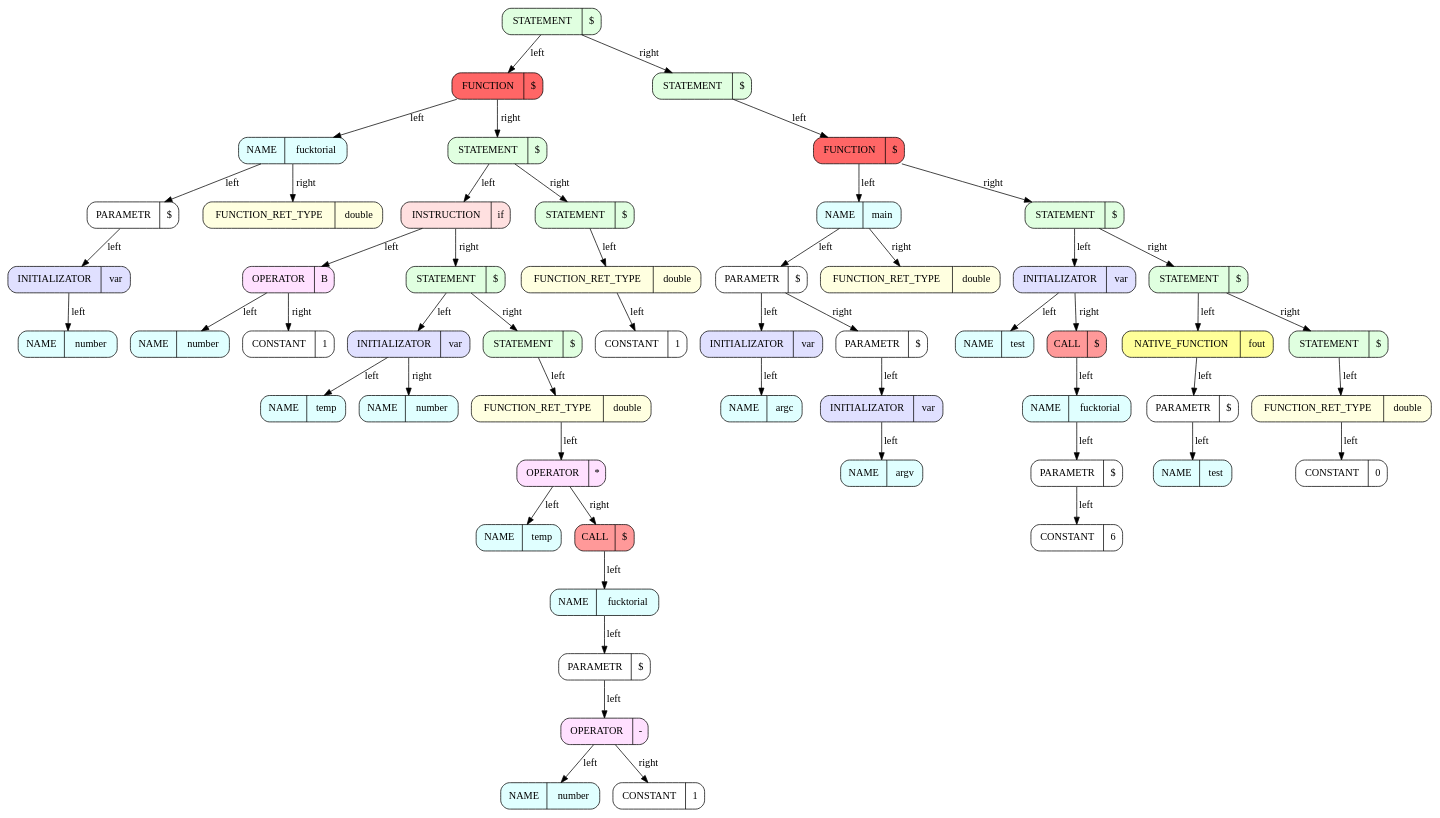
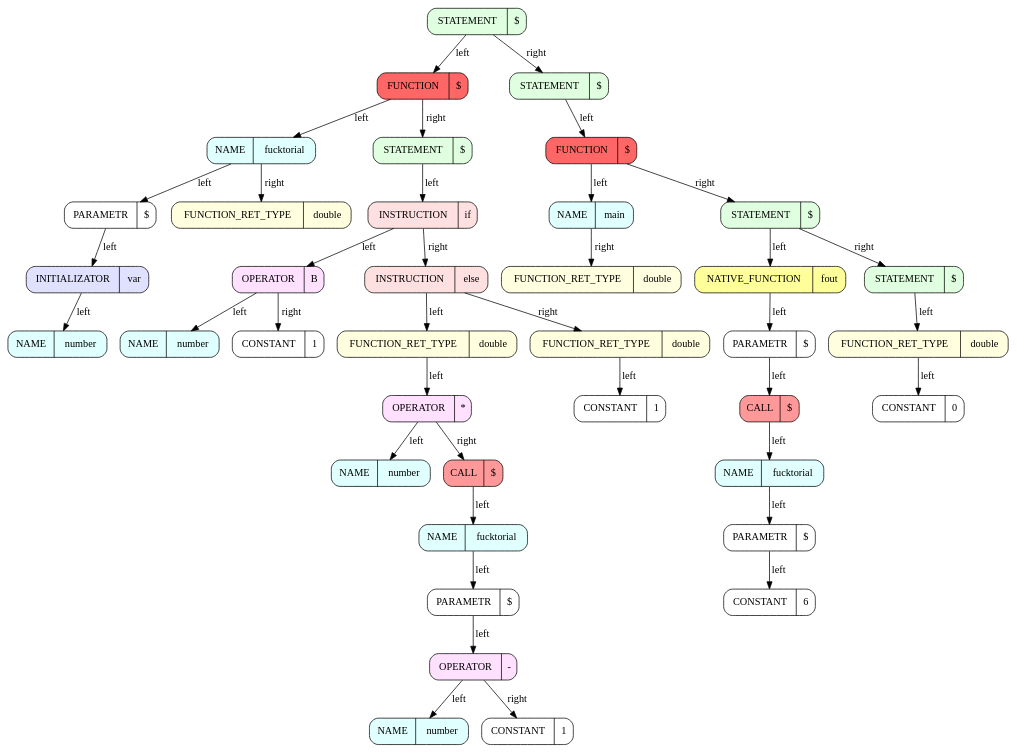
Before and after one commit to ArsenySamoylov/Asm: the diagram in x86BackEnd/BackEnd/graphics/dot/kek_back_End.dot, drawn with Graphviz. The commit also changed 19 other files, not shown here.

```diff
--- a/x86BackEnd/BackEnd/graphics/dot/kek_back_End.dot
+++ b/x86BackEnd/BackEnd/graphics/dot/kek_back_End.dot
@@ -2,111 +2,81 @@
 digraph 
 {
 rankdir = TB # RANKDIR
-		node_0x563fb5f33c00 [style = filled, fillcolor = "#E0FFE0", shape = Mrecord label =  "STATEMENT | {$}"]
-		node_0x563fb5f33c38 [style = filled, fillcolor = "#FF6666", shape = Mrecord label =  "FUNCTION | {$}"]
-		node_0x563fb5f33c70 [style = filled, fillcolor = "#E0FFFF", shape = Mrecord label =  "NAME | {fucktorial}"]
-		node_0x563fb5f33ca8 [style = filled, fillcolor = "#FFFFFF", shape = Mrecord label =  "PARAMETR | {$}"]
-		node_0x563fb5f33ce0 [style = filled, fillcolor = "#E0E0FF", shape = Mrecord label =  "INITIALIZATOR | {var}"]
-		node_0x563fb5f33d18 [style = filled, fillcolor = "#E0FFFF", shape = Mrecord label =  "NAME | {number}"]
-		node_0x563fb5f33ce0 -> node_0x563fb5f33d18 [label = "left"]
-		node_0x563fb5f33ca8 -> node_0x563fb5f33ce0 [label = "left"]
-		node_0x563fb5f33c70 -> node_0x563fb5f33ca8 [label = "left"]
-		node_0x563fb5f33d50 [style = filled, fillcolor = "#FFFFE0", shape = Mrecord label =  "FUNCTION_RET_TYPE | {double}"]
-		node_0x563fb5f33c70 -> node_0x563fb5f33d50 [label = "right"]
-		node_0x563fb5f33c38 -> node_0x563fb5f33c70 [label = "left"]
-		node_0x563fb5f33d88 [style = filled, fillcolor = "#E0FFE0", shape = Mrecord label =  "STATEMENT | {$}"]
-		node_0x563fb5f33dc0 [style = filled, fillcolor = "#FFE0E0", shape = Mrecord label =  "INSTRUCTION | {if}"]
-		node_0x563fb5f33df8 [style = filled, fillcolor = "#FFE0FF", shape = Mrecord label =  "OPERATOR | {B}"]
-		node_0x563fb5f33e30 [style = filled, fillcolor = "#E0FFFF", shape = Mrecord label =  "NAME | {number}"]
-		node_0x563fb5f33df8 -> node_0x563fb5f33e30 [label = "left"]
-		node_0x563fb5f33e68 [style = filled, fillcolor = "#FFFFFF", shape = Mrecord label =  "CONSTANT | {1}"]
-		node_0x563fb5f33df8 -> node_0x563fb5f33e68 [label = "right"]
-		node_0x563fb5f33dc0 -> node_0x563fb5f33df8 [label = "left"]
-		node_0x563fb5f33ea0 [style = filled, fillcolor = "#E0FFE0", shape = Mrecord label =  "STATEMENT | {$}"]
-		node_0x563fb5f33ed8 [style = filled, fillcolor = "#E0E0FF", shape = Mrecord label =  "INITIALIZATOR | {var}"]
-		node_0x563fb5f33f10 [style = filled, fillcolor = "#E0FFFF", shape = Mrecord label =  "NAME | {temp}"]
-		node_0x563fb5f33ed8 -> node_0x563fb5f33f10 [label = "left"]
-		node_0x563fb5f33f48 [style = filled, fillcolor = "#E0FFFF", shape = Mrecord label =  "NAME | {number}"]
-		node_0x563fb5f33ed8 -> node_0x563fb5f33f48 [label = "right"]
-		node_0x563fb5f33ea0 -> node_0x563fb5f33ed8 [label = "left"]
-		node_0x563fb5f33f80 [style = filled, fillcolor = "#E0FFE0", shape = Mrecord label =  "STATEMENT | {$}"]
-		node_0x563fb5f33fb8 [style = filled, fillcolor = "#FFFFE0", shape = Mrecord label =  "FUNCTION_RET_TYPE | {double}"]
-		node_0x563fb5f33ff0 [style = filled, fillcolor = "#FFE0FF", shape = Mrecord label =  "OPERATOR | {*}"]
-		node_0x563fb5f34028 [style = filled, fillcolor = "#E0FFFF", shape = Mrecord label =  "NAME | {temp}"]
-		node_0x563fb5f33ff0 -> node_0x563fb5f34028 [label = "left"]
-		node_0x563fb5f34060 [style = filled, fillcolor = "#FF9999", shape = Mrecord label =  "CALL | {$}"]
-		node_0x563fb5f34098 [style = filled, fillcolor = "#E0FFFF", shape = Mrecord label =  "NAME | {fucktorial}"]
-		node_0x563fb5f340d0 [style = filled, fillcolor = "#FFFFFF", shape = Mrecord label =  "PARAMETR | {$}"]
-		node_0x563fb5f34108 [style = filled, fillcolor = "#FFE0FF", shape = Mrecord label =  "OPERATOR | {-}"]
-		node_0x563fb5f34140 [style = filled, fillcolor = "#E0FFFF", shape = Mrecord label =  "NAME | {number}"]
-		node_0x563fb5f34108 -> node_0x563fb5f34140 [label = "left"]
-		node_0x563fb5f34178 [style = filled, fillcolor = "#FFFFFF", shape = Mrecord label =  "CONSTANT | {1}"]
-		node_0x563fb5f34108 -> node_0x563fb5f34178 [label = "right"]
-		node_0x563fb5f340d0 -> node_0x563fb5f34108 [label = "left"]
-		node_0x563fb5f34098 -> node_0x563fb5f340d0 [label = "left"]
-		node_0x563fb5f34060 -> node_0x563fb5f34098 [label = "left"]
-		node_0x563fb5f33ff0 -> node_0x563fb5f34060 [label = "right"]
-		node_0x563fb5f33fb8 -> node_0x563fb5f33ff0 [label = "left"]
-		node_0x563fb5f33f80 -> node_0x563fb5f33fb8 [label = "left"]
-		node_0x563fb5f33ea0 -> node_0x563fb5f33f80 [label = "right"]
-		node_0x563fb5f33dc0 -> node_0x563fb5f33ea0 [label = "right"]
-		node_0x563fb5f33d88 -> node_0x563fb5f33dc0 [label = "left"]
-		node_0x563fb5f341b0 [style = filled, fillcolor = "#E0FFE0", shape = Mrecord label =  "STATEMENT | {$}"]
-		node_0x563fb5f341e8 [style = filled, fillcolor = "#FFFFE0", shape = Mrecord label =  "FUNCTION_RET_TYPE | {double}"]
-		node_0x563fb5f34220 [style = filled, fillcolor = "#FFFFFF", shape = Mrecord label =  "CONSTANT | {1}"]
-		node_0x563fb5f341e8 -> node_0x563fb5f34220 [label = "left"]
-		node_0x563fb5f341b0 -> node_0x563fb5f341e8 [label = "left"]
-		node_0x563fb5f33d88 -> node_0x563fb5f341b0 [label = "right"]
-		node_0x563fb5f33c38 -> node_0x563fb5f33d88 [label = "right"]
-		node_0x563fb5f33c00 -> node_0x563fb5f33c38 [label = "left"]
-		node_0x563fb5f34258 [style = filled, fillcolor = "#E0FFE0", shape = Mrecord label =  "STATEMENT | {$}"]
-		node_0x563fb5f34290 [style = filled, fillcolor = "#FF6666", shape = Mrecord label =  "FUNCTION | {$}"]
-		node_0x563fb5f342c8 [style = filled, fillcolor = "#E0FFFF", shape = Mrecord label =  "NAME | {main}"]
-		node_0x563fb5f34300 [style = filled, fillcolor = "#FFFFFF", shape = Mrecord label =  "PARAMETR | {$}"]
-		node_0x563fb5f34338 [style = filled, fillcolor = "#E0E0FF", shape = Mrecord label =  "INITIALIZATOR | {var}"]
-		node_0x563fb5f34370 [style = filled, fillcolor = "#E0FFFF", shape = Mrecord label =  "NAME | {argc}"]
-		node_0x563fb5f34338 -> node_0x563fb5f34370 [label = "left"]
-		node_0x563fb5f34300 -> node_0x563fb5f34338 [label = "left"]
-		node_0x563fb5f343a8 [style = filled, fillcolor = "#FFFFFF", shape = Mrecord label =  "PARAMETR | {$}"]
-		node_0x563fb5f343e0 [style = filled, fillcolor = "#E0E0FF", shape = Mrecord label =  "INITIALIZATOR | {var}"]
-		node_0x563fb5f34418 [style = filled, fillcolor = "#E0FFFF", shape = Mrecord label =  "NAME | {argv}"]
-		node_0x563fb5f343e0 -> node_0x563fb5f34418 [label = "left"]
-		node_0x563fb5f343a8 -> node_0x563fb5f343e0 [label = "left"]
-		node_0x563fb5f34300 -> node_0x563fb5f343a8 [label = "right"]
-		node_0x563fb5f342c8 -> node_0x563fb5f34300 [label = "left"]
-		node_0x563fb5f34450 [style = filled, fillcolor = "#FFFFE0", shape = Mrecord label =  "FUNCTION_RET_TYPE | {double}"]
-		node_0x563fb5f342c8 -> node_0x563fb5f34450 [label = "right"]
-		node_0x563fb5f34290 -> node_0x563fb5f342c8 [label = "left"]
-		node_0x563fb5f34488 [style = filled, fillcolor = "#E0FFE0", shape = Mrecord label =  "STATEMENT | {$}"]
-		node_0x563fb5f344c0 [style = filled, fillcolor = "#E0E0FF", shape = Mrecord label =  "INITIALIZATOR | {var}"]
-		node_0x563fb5f344f8 [style = filled, fillcolor = "#E0FFFF", shape = Mrecord label =  "NAME | {test}"]
-		node_0x563fb5f344c0 -> node_0x563fb5f344f8 [label = "left"]
-		node_0x563fb5f34530 [style = filled, fillcolor = "#FF9999", shape = Mrecord label =  "CALL | {$}"]
-		node_0x563fb5f34568 [style = filled, fillcolor = "#E0FFFF", shape = Mrecord label =  "NAME | {fucktorial}"]
-		node_0x563fb5f345a0 [style = filled, fillcolor = "#FFFFFF", shape = Mrecord label =  "PARAMETR | {$}"]
-		node_0x563fb5f345d8 [style = filled, fillcolor = "#FFFFFF", shape = Mrecord label =  "CONSTANT | {6}"]
-		node_0x563fb5f345a0 -> node_0x563fb5f345d8 [label = "left"]
-		node_0x563fb5f34568 -> node_0x563fb5f345a0 [label = "left"]
-		node_0x563fb5f34530 -> node_0x563fb5f34568 [label = "left"]
-		node_0x563fb5f344c0 -> node_0x563fb5f34530 [label = "right"]
-		node_0x563fb5f34488 -> node_0x563fb5f344c0 [label = "left"]
-		node_0x563fb5f34610 [style = filled, fillcolor = "#E0FFE0", shape = Mrecord label =  "STATEMENT | {$}"]
-		node_0x563fb5f34648 [style = filled, fillcolor = "#FFFF99", shape = Mrecord label =  "NATIVE_FUNCTION | {fout}"]
-		node_0x563fb5f34680 [style = filled, fillcolor = "#FFFFFF", shape = Mrecord label =  "PARAMETR | {$}"]
-		node_0x563fb5f346b8 [style = filled, fillcolor = "#E0FFFF", shape = Mrecord label =  "NAME | {test}"]
-		node_0x563fb5f34680 -> node_0x563fb5f346b8 [label = "left"]
-		node_0x563fb5f34648 -> node_0x563fb5f34680 [label = "left"]
-		node_0x563fb5f34610 -> node_0x563fb5f34648 [label = "left"]
-		node_0x563fb5f346f0 [style = filled, fillcolor = "#E0FFE0", shape = Mrecord label =  "STATEMENT | {$}"]
-		node_0x563fb5f34728 [style = filled, fillcolor = "#FFFFE0", shape = Mrecord label =  "FUNCTION_RET_TYPE | {double}"]
-		node_0x563fb5f34760 [style = filled, fillcolor = "#FFFFFF", shape = Mrecord label =  "CONSTANT | {0}"]
-		node_0x563fb5f34728 -> node_0x563fb5f34760 [label = "left"]
-		node_0x563fb5f346f0 -> node_0x563fb5f34728 [label = "left"]
-		node_0x563fb5f34610 -> node_0x563fb5f346f0 [label = "right"]
-		node_0x563fb5f34488 -> node_0x563fb5f34610 [label = "right"]
-		node_0x563fb5f34290 -> node_0x563fb5f34488 [label = "right"]
-		node_0x563fb5f34258 -> node_0x563fb5f34290 [label = "left"]
-		node_0x563fb5f33c00 -> node_0x563fb5f34258 [label = "right"]
+		node_0x560ee10d3c00 [style = filled, fillcolor = "#E0FFE0", shape = Mrecord label =  "STATEMENT | {$}"]
+		node_0x560ee10d3c38 [style = filled, fillcolor = "#FF6666", shape = Mrecord label =  "FUNCTION | {$}"]
+		node_0x560ee10d3c70 [style = filled, fillcolor = "#E0FFFF", shape = Mrecord label =  "NAME | {fucktorial}"]
+		node_0x560ee10d3ca8 [style = filled, fillcolor = "#FFFFFF", shape = Mrecord label =  "PARAMETR | {$}"]
+		node_0x560ee10d3ce0 [style = filled, fillcolor = "#E0E0FF", shape = Mrecord label =  "INITIALIZATOR | {var}"]
+		node_0x560ee10d3d18 [style = filled, fillcolor = "#E0FFFF", shape = Mrecord label =  "NAME | {number}"]
+		node_0x560ee10d3ce0 -> node_0x560ee10d3d18 [label = "left"]
+		node_0x560ee10d3ca8 -> node_0x560ee10d3ce0 [label = "left"]
+		node_0x560ee10d3c70 -> node_0x560ee10d3ca8 [label = "left"]
+		node_0x560ee10d3d50 [style = filled, fillcolor = "#FFFFE0", shape = Mrecord label =  "FUNCTION_RET_TYPE | {double}"]
+		node_0x560ee10d3c70 -> node_0x560ee10d3d50 [label = "right"]
+		node_0x560ee10d3c38 -> node_0x560ee10d3c70 [label = "left"]
+		node_0x560ee10d3d88 [style = filled, fillcolor = "#E0FFE0", shape = Mrecord label =  "STATEMENT | {$}"]
+		node_0x560ee10d3dc0 [style = filled, fillcolor = "#FFE0E0", shape = Mrecord label =  "INSTRUCTION | {if}"]
+		node_0x560ee10d3df8 [style = filled, fillcolor = "#FFE0FF", shape = Mrecord label =  "OPERATOR | {B}"]
+		node_0x560ee10d3e30 [style = filled, fillcolor = "#E0FFFF", shape = Mrecord label =  "NAME | {number}"]
+		node_0x560ee10d3df8 -> node_0x560ee10d3e30 [label = "left"]
+		node_0x560ee10d3e68 [style = filled, fillcolor = "#FFFFFF", shape = Mrecord label =  "CONSTANT | {1}"]
+		node_0x560ee10d3df8 -> node_0x560ee10d3e68 [label = "right"]
+		node_0x560ee10d3dc0 -> node_0x560ee10d3df8 [label = "left"]
+		node_0x560ee10d3ea0 [style = filled, fillcolor = "#FFE0E0", shape = Mrecord label =  "INSTRUCTION | {else}"]
+		node_0x560ee10d3ed8 [style = filled, fillcolor = "#FFFFE0", shape = Mrecord label =  "FUNCTION_RET_TYPE | {double}"]
+		node_0x560ee10d3f10 [style = filled, fillcolor = "#FFE0FF", shape = Mrecord label =  "OPERATOR | {*}"]
+		node_0x560ee10d3f48 [style = filled, fillcolor = "#E0FFFF", shape = Mrecord label =  "NAME | {number}"]
+		node_0x560ee10d3f10 -> node_0x560ee10d3f48 [label = "left"]
+		node_0x560ee10d3f80 [style = filled, fillcolor = "#FF9999", shape = Mrecord label =  "CALL | {$}"]
+		node_0x560ee10d3fb8 [style = filled, fillcolor = "#E0FFFF", shape = Mrecord label =  "NAME | {fucktorial}"]
+		node_0x560ee10d3ff0 [style = filled, fillcolor = "#FFFFFF", shape = Mrecord label =  "PARAMETR | {$}"]
+		node_0x560ee10d4028 [style = filled, fillcolor = "#FFE0FF", shape = Mrecord label =  "OPERATOR | {-}"]
+		node_0x560ee10d4060 [style = filled, fillcolor = "#E0FFFF", shape = Mrecord label =  "NAME | {number}"]
+		node_0x560ee10d4028 -> node_0x560ee10d4060 [label = "left"]
+		node_0x560ee10d4098 [style = filled, fillcolor = "#FFFFFF", shape = Mrecord label =  "CONSTANT | {1}"]
+		node_0x560ee10d4028 -> node_0x560ee10d4098 [label = "right"]
+		node_0x560ee10d3ff0 -> node_0x560ee10d4028 [label = "left"]
+		node_0x560ee10d3fb8 -> node_0x560ee10d3ff0 [label = "left"]
+		node_0x560ee10d3f80 -> node_0x560ee10d3fb8 [label = "left"]
+		node_0x560ee10d3f10 -> node_0x560ee10d3f80 [label = "right"]
+		node_0x560ee10d3ed8 -> node_0x560ee10d3f10 [label = "left"]
+		node_0x560ee10d3ea0 -> node_0x560ee10d3ed8 [label = "left"]
+		node_0x560ee10d40d0 [style = filled, fillcolor = "#FFFFE0", shape = Mrecord label =  "FUNCTION_RET_TYPE | {double}"]
+		node_0x560ee10d4108 [style = filled, fillcolor = "#FFFFFF", shape = Mrecord label =  "CONSTANT | {1}"]
+		node_0x560ee10d40d0 -> node_0x560ee10d4108 [label = "left"]
+		node_0x560ee10d3ea0 -> node_0x560ee10d40d0 [label = "right"]
+		node_0x560ee10d3dc0 -> node_0x560ee10d3ea0 [label = "right"]
+		node_0x560ee10d3d88 -> node_0x560ee10d3dc0 [label = "left"]
+		node_0x560ee10d3c38 -> node_0x560ee10d3d88 [label = "right"]
+		node_0x560ee10d3c00 -> node_0x560ee10d3c38 [label = "left"]
+		node_0x560ee10d4140 [style = filled, fillcolor = "#E0FFE0", shape = Mrecord label =  "STATEMENT | {$}"]
+		node_0x560ee10d4178 [style = filled, fillcolor = "#FF6666", shape = Mrecord label =  "FUNCTION | {$}"]
+		node_0x560ee10d41b0 [style = filled, fillcolor = "#E0FFFF", shape = Mrecord label =  "NAME | {main}"]
+		node_0x560ee10d41e8 [style = filled, fillcolor = "#FFFFE0", shape = Mrecord label =  "FUNCTION_RET_TYPE | {double}"]
+		node_0x560ee10d41b0 -> node_0x560ee10d41e8 [label = "right"]
+		node_0x560ee10d4178 -> node_0x560ee10d41b0 [label = "left"]
+		node_0x560ee10d4220 [style = filled, fillcolor = "#E0FFE0", shape = Mrecord label =  "STATEMENT | {$}"]
+		node_0x560ee10d4258 [style = filled, fillcolor = "#FFFF99", shape = Mrecord label =  "NATIVE_FUNCTION | {fout}"]
+		node_0x560ee10d4290 [style = filled, fillcolor = "#FFFFFF", shape = Mrecord label =  "PARAMETR | {$}"]
+		node_0x560ee10d42c8 [style = filled, fillcolor = "#FF9999", shape = Mrecord label =  "CALL | {$}"]
+		node_0x560ee10d4300 [style = filled, fillcolor = "#E0FFFF", shape = Mrecord label =  "NAME | {fucktorial}"]
+		node_0x560ee10d4338 [style = filled, fillcolor = "#FFFFFF", shape = Mrecord label =  "PARAMETR | {$}"]
+		node_0x560ee10d4370 [style = filled, fillcolor = "#FFFFFF", shape = Mrecord label =  "CONSTANT | {6}"]
+		node_0x560ee10d4338 -> node_0x560ee10d4370 [label = "left"]
+		node_0x560ee10d4300 -> node_0x560ee10d4338 [label = "left"]
+		node_0x560ee10d42c8 -> node_0x560ee10d4300 [label = "left"]
+		node_0x560ee10d4290 -> node_0x560ee10d42c8 [label = "left"]
+		node_0x560ee10d4258 -> node_0x560ee10d4290 [label = "left"]
+		node_0x560ee10d4220 -> node_0x560ee10d4258 [label = "left"]
+		node_0x560ee10d43a8 [style = filled, fillcolor = "#E0FFE0", shape = Mrecord label =  "STATEMENT | {$}"]
+		node_0x560ee10d43e0 [style = filled, fillcolor = "#FFFFE0", shape = Mrecord label =  "FUNCTION_RET_TYPE | {double}"]
+		node_0x560ee10d4418 [style = filled, fillcolor = "#FFFFFF", shape = Mrecord label =  "CONSTANT | {0}"]
+		node_0x560ee10d43e0 -> node_0x560ee10d4418 [label = "left"]
+		node_0x560ee10d43a8 -> node_0x560ee10d43e0 [label = "left"]
+		node_0x560ee10d4220 -> node_0x560ee10d43a8 [label = "right"]
+		node_0x560ee10d4178 -> node_0x560ee10d4220 [label = "right"]
+		node_0x560ee10d4140 -> node_0x560ee10d4178 [label = "left"]
+		node_0x560ee10d3c00 -> node_0x560ee10d4140 [label = "right"]
 ########################################################### SetEndDot
 
 }
```
